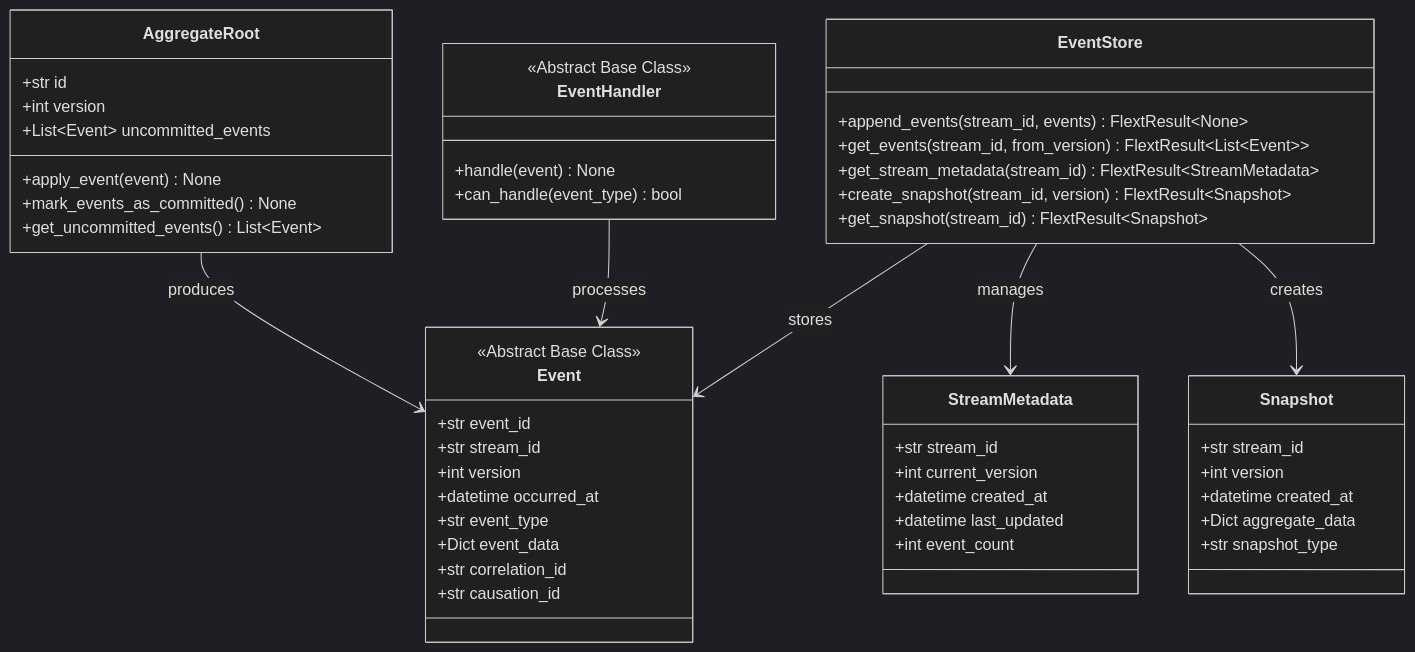
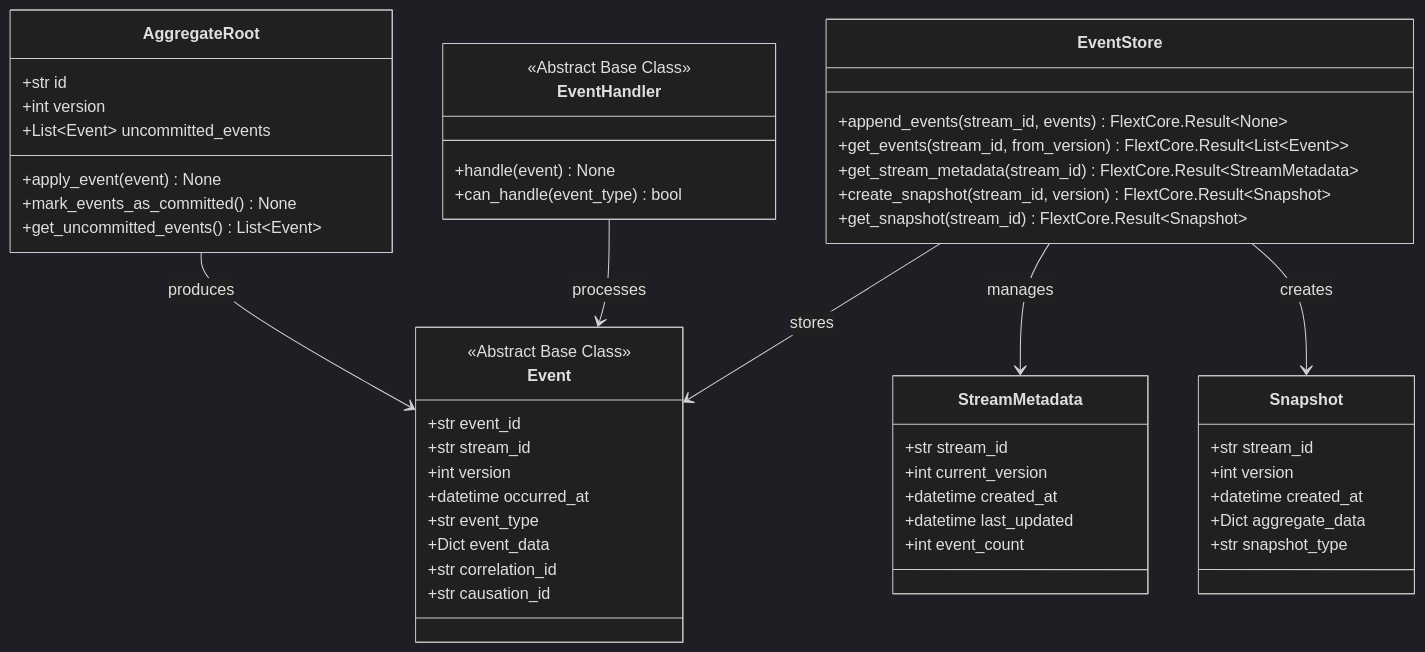
Before and after one commit to flext-sh/flext: the tenth of 10 diagrams in docs/architecture/c4-model/code-diagrams.md, drawn with Mermaid (dark theme). The commit also changed other lines of this file and 204 other files, not shown here.

````diff
--- a/docs/architecture/c4-model/code-diagrams.md
+++ b/docs/architecture/c4-model/code-diagrams.md
@@ -477,59 +477,59 @@
 ```mermaid
 classDiagram
     class EventStore {
-        +append_events(stream_id, events) FlextResult~None~
-        +get_events(stream_id, from_version) FlextResult~List~Event~~
-        +get_stream_metadata(stream_id) FlextResult~StreamMetadata~
-        +create_snapshot(stream_id, version) FlextResult~Snapshot~
-        +get_snapshot(stream_id) FlextResult~Snapshot~
+        +append_events(stream_id, events) FlextCore.Result~None~
+        +get_events(stream_id, from_version) FlextCore.Result~List~Event~~
+        +get_stream_metadata(stream_id) FlextCore.Result~StreamMetadata~
+        +create_snapshot(stream_id, version) FlextCore.Result~Snapshot~
+        +get_snapshot(stream_id) FlextCore.Result~Snapshot~
     }
-    
+
     class Event {
         <<Abstract Base Class>>
         +str event_id
         +str stream_id
         +int version
         +datetime occurred_at
         +str event_type
         +Dict event_data
         +str correlation_id
         +str causation_id
     }
-    
+
     class StreamMetadata {
         +str stream_id
         +int current_version
         +datetime created_at
         +datetime last_updated
         +int event_count
     }
-    
+
     class Snapshot {
         +str stream_id
         +int version
         +datetime created_at
         +Dict aggregate_data
         +str snapshot_type
     }
-    
+
     class AggregateRoot {
         +str id
         +int version
         +List~Event~ uncommitted_events
         +apply_event(event) None
         +mark_events_as_committed() None
         +get_uncommitted_events() List~Event~
     }
-    
+
     class EventHandler {
         <<Abstract Base Class>>
         +handle(event) None
         +can_handle(event_type) bool
     }
-    
+
     EventStore --> Event : stores
     EventStore --> StreamMetadata : manages
     EventStore --> Snapshot : creates
     AggregateRoot --> Event : produces
     EventHandler --> Event : processes
 ```
````
